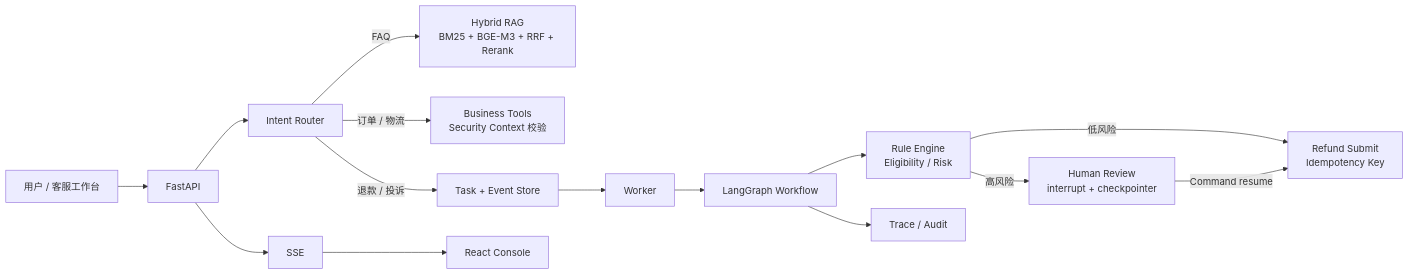
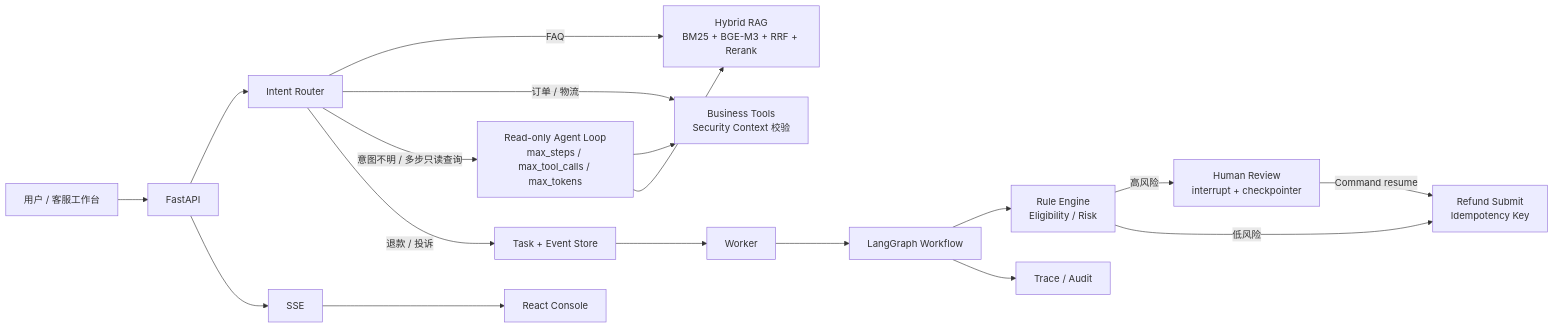
One commit to LjjCode536/customer-service-agent changed the diagram in README.md. Above: the diagram before and after it, drawn with Mermaid. The commit also changed other lines of this file and 7 other files, not shown here.

Commit message:
feat: add read-only agent loop with budget termination (#9)

````diff
--- a/README.md
+++ b/README.md
@@ -20,17 +20,20 @@
 ```mermaid
 flowchart LR
     U[用户 / 客服工作台] --> API[FastAPI]
     API --> R[Intent Router]
     R -->|FAQ| RAG[Hybrid RAG<br/>BM25 + BGE-M3 + RRF + Rerank]
     R -->|订单 / 物流| T[Business Tools<br/>Security Context 校验]
+    R -->|意图不明 / 多步只读查询| LOOP[Read-only Agent Loop<br/>max_steps / max_tool_calls / max_tokens]
+    LOOP --> T
+    LOOP --> RAG
     R -->|退款 / 投诉| TASK[Task + Event Store]
     TASK --> W[Worker]
     W --> G[LangGraph Workflow]
     G --> RULE[Rule Engine<br/>Eligibility / Risk]
     RULE -->|高风险| HITL[Human Review<br/>interrupt + checkpointer]
     RULE -->|低风险| REFUND[Refund Submit<br/>Idempotency Key]
     HITL -->|Command resume| REFUND
     G --> TRACE[Trace / Audit]
     API --> SSE[SSE]
     SSE --> UI[React Console]
 ```
````
